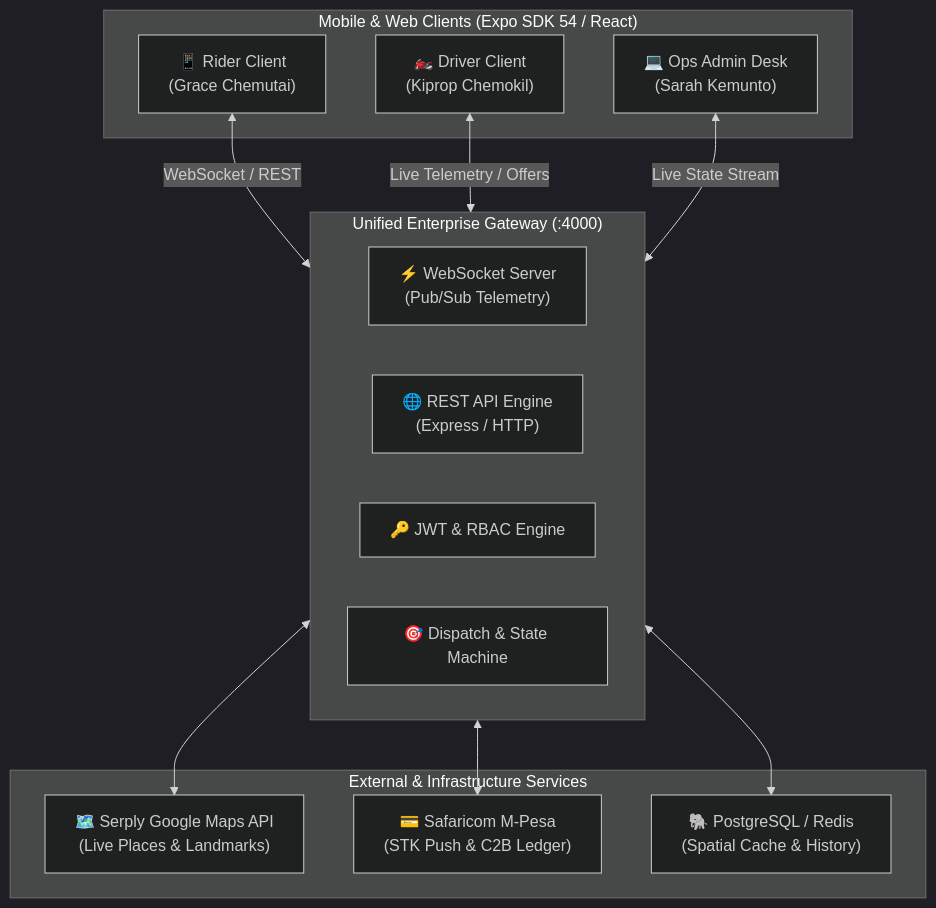
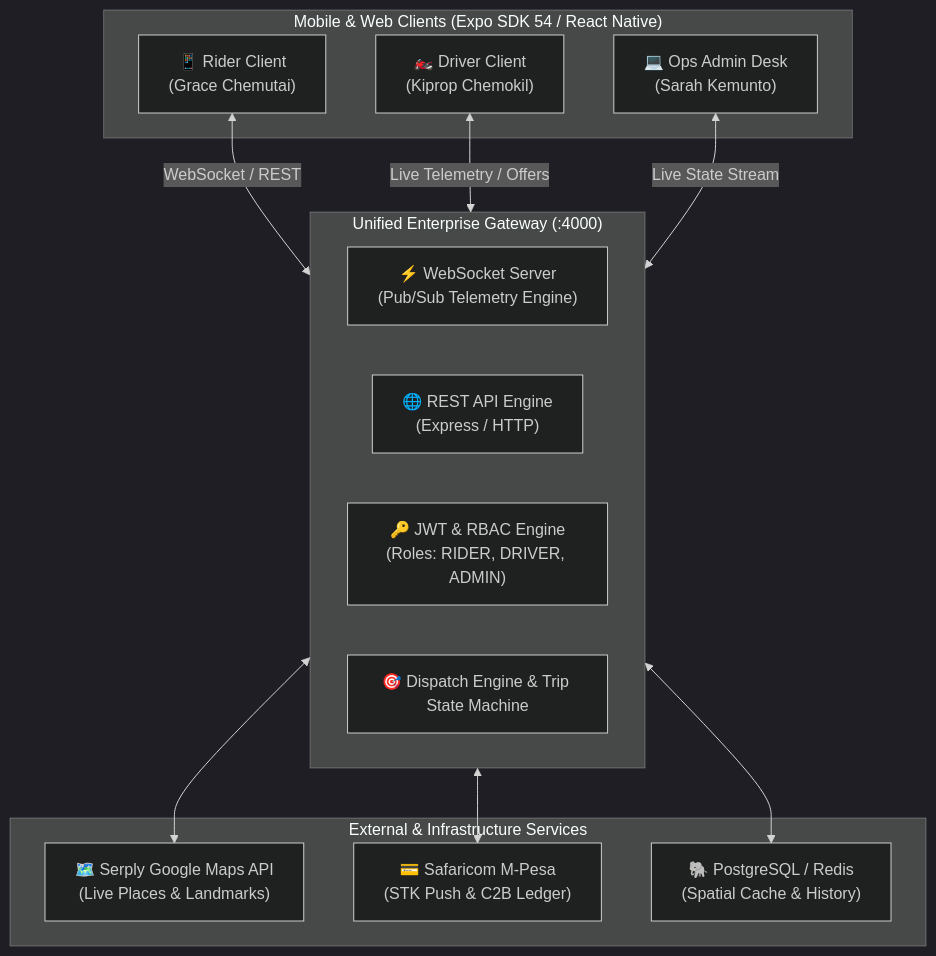
Before and after one commit to Akubrecah/swiftboda-ride: the first of 2 diagrams in README.md, drawn with Mermaid (dark theme). The commit also changed other lines of this file, not shown here.

````diff
--- a/README.md
+++ b/README.md
@@ -24,29 +44,29 @@
 ```mermaid
 flowchart TD
-    subgraph Clients["Mobile & Web Clients (Expo SDK 54 / React)"]
+    subgraph Clients["Mobile & Web Clients (Expo SDK 54 / React Native)"]
         Rider["📱 Rider Client\n(Grace Chemutai)"]
         Driver["🏍️ Driver Client\n(Kiprop Chemokil)"]
         Admin["💻 Ops Admin Desk\n(Sarah Kemunto)"]
     end
 
     subgraph Gateway["Unified Enterprise Gateway (:4000)"]
-        WS["⚡ WebSocket Server\n(Pub/Sub Telemetry)"]
+        WS["⚡ WebSocket Server\n(Pub/Sub Telemetry Engine)"]
         Router["🌐 REST API Engine\n(Express / HTTP)"]
-        Auth["🔑 JWT & RBAC Engine"]
-        Matching["🎯 Dispatch & State Machine"]
+        Auth["🔑 JWT & RBAC Engine\n(Roles: RIDER, DRIVER, ADMIN)"]
+        Matching["🎯 Dispatch Engine & Trip State Machine"]
     end
 
     subgraph Integrations["External & Infrastructure Services"]
         Serply["🗺️ Serply Google Maps API\n(Live Places & Landmarks)"]
         Daraja["💳 Safaricom M-Pesa\n(STK Push & C2B Ledger)"]
         Postgres["🐘 PostgreSQL / Redis\n(Spatial Cache & History)"]
     end
 
     Rider <-->|WebSocket / REST| Gateway
     Driver <-->|Live Telemetry / Offers| Gateway
     Admin <-->|Live State Stream| Gateway
 
     Gateway <--> Serply
     Gateway <--> Daraja
     Gateway <--> Postgres
 ```
````
